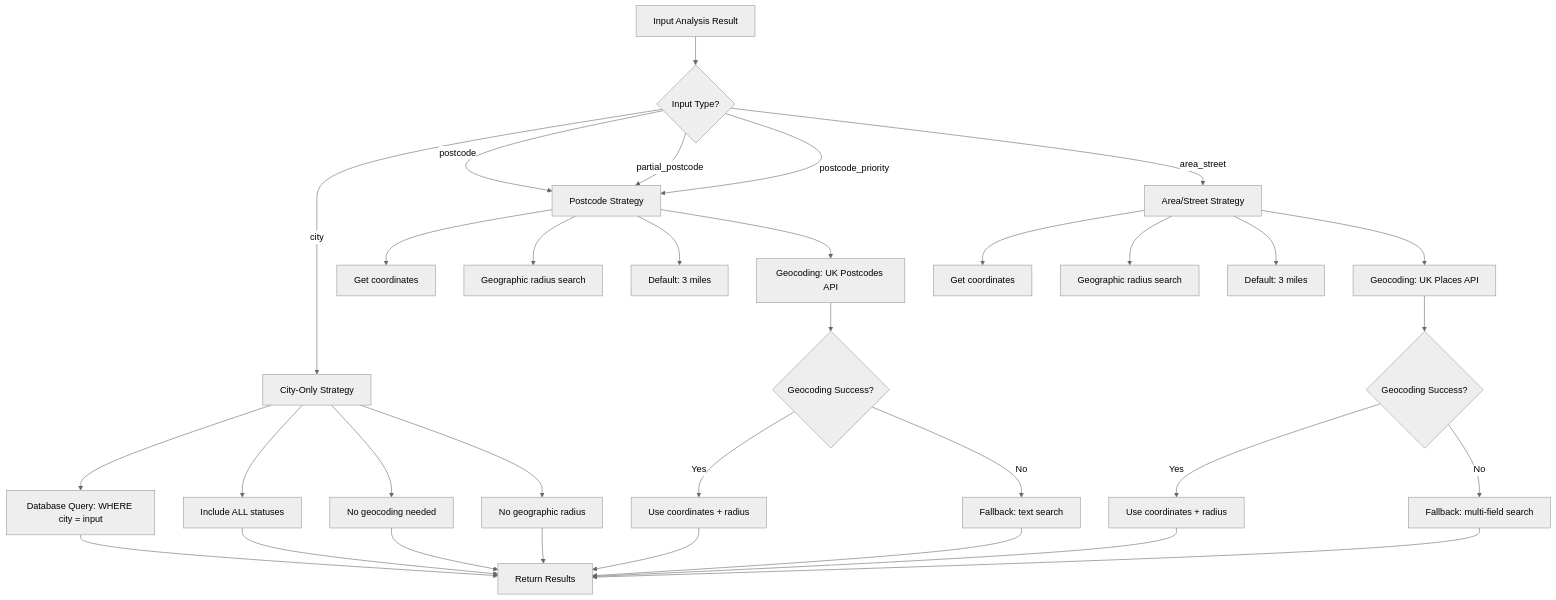
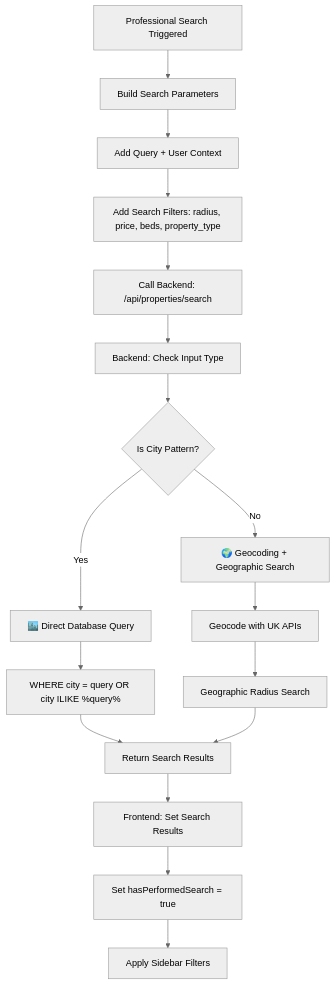
Before and after one commit to FatemRahimi/Poperty-App: the fifth of 10 diagrams in PROFESSIONAL_SEARCH_FLOWCHART.md, drawn with Mermaid (neutral theme). The commit also changed other lines of this file and 1 other file, not shown here.

````diff
--- a/PROFESSIONAL_SEARCH_FLOWCHART.md
+++ b/PROFESSIONAL_SEARCH_FLOWCHART.md
@@ -163,43 +100,24 @@
 ```mermaid
 flowchart TD
-    A[Input Analysis Result] --> B{Input Type?}
+    A[Professional Search Triggered] --> B[Build Search Parameters]
+    B --> C[Add Query + User Context]
+    C --> D[Add Search Filters: radius, price, beds, property_type]
     
-    B -->|city| C[City-Only Strategy]
-    B -->|postcode| D[Postcode Strategy]
-    B -->|partial_postcode| D
-    B -->|postcode_priority| D
-    B -->|area_street| E[Area/Street Strategy]
+    D --> E[Call Backend: /api/properties/search]
+    E --> F[Backend: Check Input Type]
     
-    C --> F[Database Query: WHERE city = input]
-    C --> G[Include ALL statuses]
-    C --> H[No geocoding needed]
-    C --> I[No geographic radius]
+    F --> G{Is City Pattern?}
+    G -->|Yes| H[🏙️ Direct Database Query]
+    G -->|No| I[🌍 Geocoding + Geographic Search]
     
-    D --> J[Geocoding: UK Postcodes API]
-    D --> K[Get coordinates]
-    D --> L[Geographic radius search]
-    D --> M[Default: 3 miles]
+    H --> J[WHERE city = query OR city ILIKE %query%]
+    I --> K[Geocode with UK APIs]
+    K --> L[Geographic Radius Search]
     
-    E --> N[Geocoding: UK Places API]
-    E --> O[Get coordinates]
-    E --> P[Geographic radius search]
-    E --> Q[Default: 3 miles]
+    J --> M[Return Search Results]
+    L --> M
     
-    F --> R[Return Results]
-    G --> R
-    H --> R
-    I --> R
-    
-    J --> S{Geocoding Success?}
-    S -->|Yes| T[Use coordinates + radius]
-    S -->|No| U[Fallback: text search]
-    
-    N --> V{Geocoding Success?}
-    V -->|Yes| W[Use coordinates + radius]
-    V -->|No| X[Fallback: multi-field search]
-    
-    T --> R
-    U --> R
-    W --> R
-    X --> R
+    M --> N[Frontend: Set Search Results]
+    N --> O[Set hasPerformedSearch = true]
+    O --> P[Apply Sidebar Filters]
 ```
````
